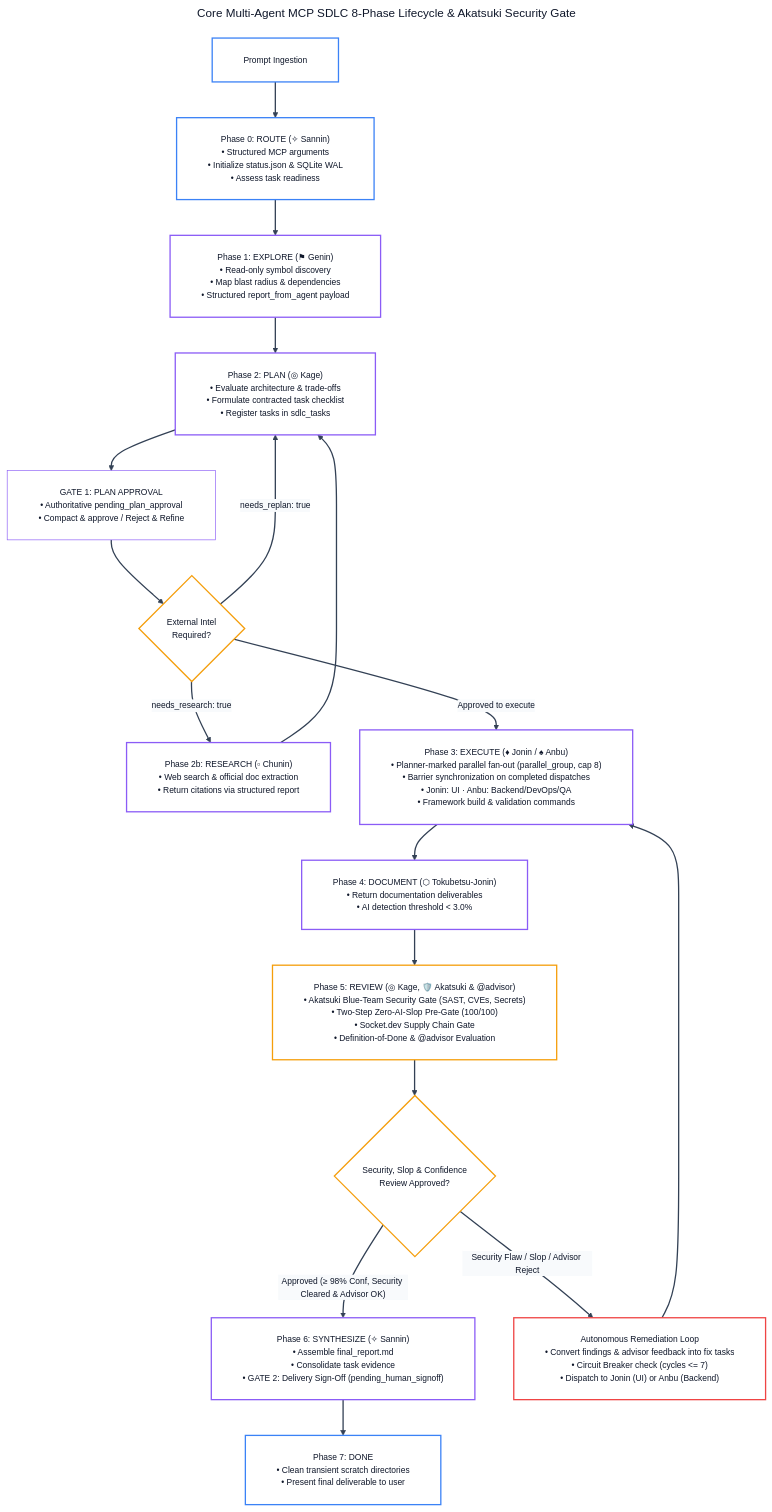
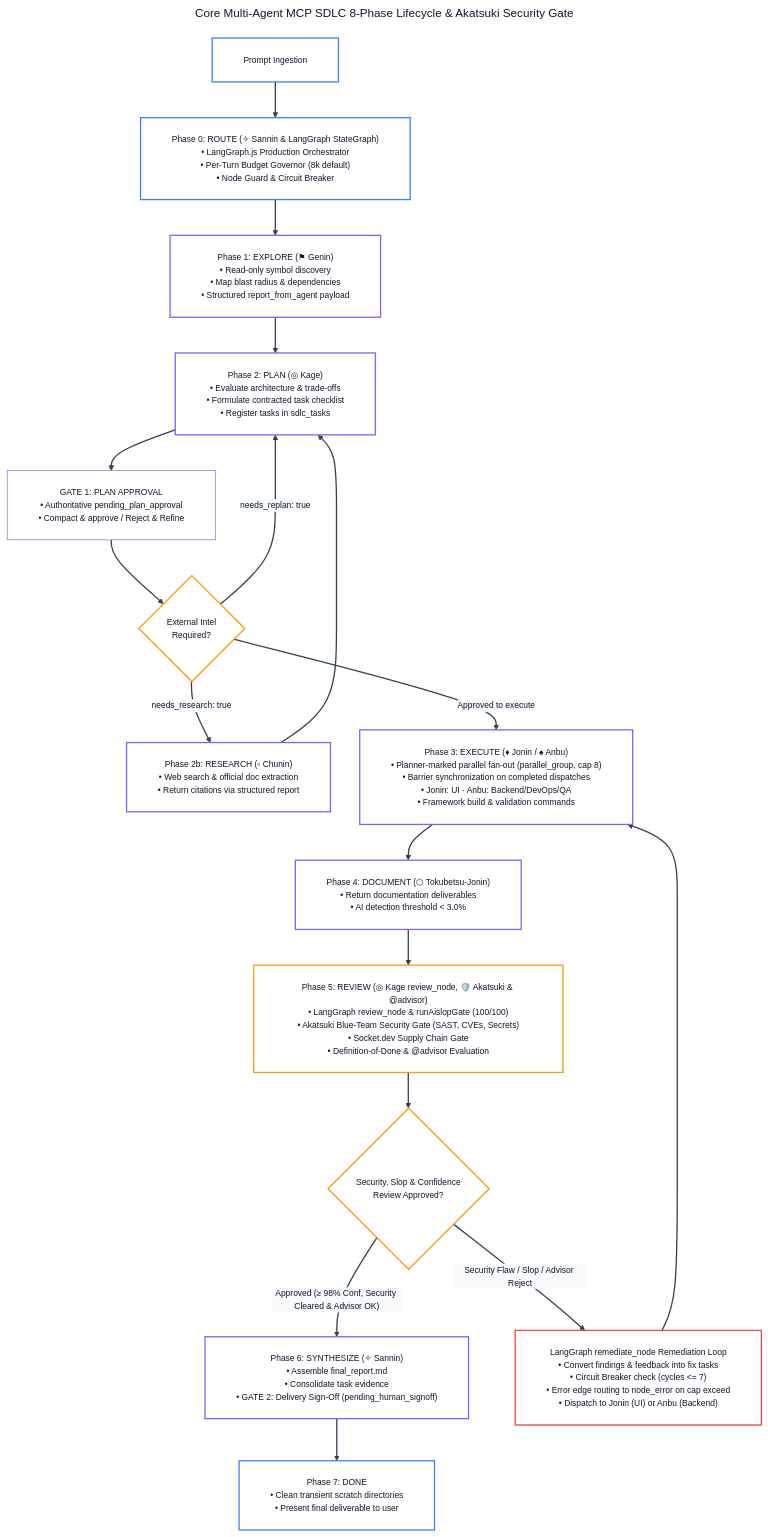
One commit to andycungkrinx91/konoha changed the second of 16 diagrams in docs/ALL-WORKFLOW-DIAGRAMS.md. Above: the diagram before and after it, drawn with Mermaid. The commit also changed other lines of this file and 70 other files, not shown here.

Commit message:
feat(workflow): activate LangGraph.js production orchestration with per-turn token budget & error-edge circuit breaker (v2.2.17)

````diff
--- a/docs/ALL-WORKFLOW-DIAGRAMS.md
+++ b/docs/ALL-WORKFLOW-DIAGRAMS.md
@@ -110,59 +111,59 @@
 ```mermaid
 ---
 title: Core Multi-Agent MCP SDLC 8-Phase Lifecycle & Akatsuki Security Gate
 config:
   theme: base
   themeVariables:
     darkMode: false
     background: '#ffffff'
     mainBkg: '#ffffff'
     primaryColor: '#ffffff'
     primaryTextColor: '#0f172a'
     primaryBorderColor: '#8b5cf6'
     lineColor: '#334155'
     arrowheadColor: '#334155'
     secondaryColor: '#f8fafc'
     tertiaryColor: '#ffffff'
     fontFamily: 'Inter, system-ui, -apple-system, sans-serif'
     fontSize: '13px'
   flowchart:
     nodeSpacing: 45
     rankSpacing: 55
     padding: 24
     wrappingWidth: 380
 ---
 flowchart TD
-    Init["Prompt Ingestion"] --> Phase0["Phase 0: ROUTE (✧ Sannin)<br/>• Structured MCP arguments<br/>• Initialize status.json &amp; SQLite WAL<br/>• Assess task readiness"]
+    Init["Prompt Ingestion"] --> Phase0["Phase 0: ROUTE (✧ Sannin &amp; LangGraph StateGraph)<br/>• LangGraph.js Production Orchestrator<br/>• Per-Turn Budget Governor (8k default)<br/>• Node Guard &amp; Circuit Breaker"]
     Phase0 --> Phase1["Phase 1: EXPLORE (⚑ Genin)<br/>• Read-only symbol discovery<br/>• Map blast radius &amp; dependencies<br/>• Structured report_from_agent payload"]
     Phase1 --> Phase2["Phase 2: PLAN (◎ Kage)<br/>• Evaluate architecture &amp; trade-offs<br/>• Formulate contracted task checklist<br/>• Register tasks in sdlc_tasks"]
 
     Phase2 --> Gate1["GATE 1: PLAN APPROVAL<br/>• Authoritative pending_plan_approval<br/>• Compact &amp; approve / Reject &amp; Refine"]
     Gate1 --> CheckResearch{"External Intel<br/>Required?"}
     CheckResearch -- "needs_research: true" --> Phase2b["Phase 2b: RESEARCH (▫ Chunin)<br/>• Web search &amp; official doc extraction<br/>• Return citations via structured report"]
     Phase2b --> Phase2
     CheckResearch -- "needs_replan: true" --> Phase2
     CheckResearch -- "Approved to execute" --> Phase3["Phase 3: EXECUTE (♦ Jonin / ♠ Anbu)<br/>• Planner-marked parallel fan-out (parallel_group, cap 8)<br/>• Barrier synchronization on completed dispatches<br/>• Jonin: UI · Anbu: Backend/DevOps/QA<br/>• Framework build &amp; validation commands"]
 
     Phase3 --> Phase4["Phase 4: DOCUMENT (⬡ Tokubetsu-Jonin)<br/>• Return documentation deliverables<br/>• AI detection threshold &lt; 3.0%"]
-    Phase4 --> Phase5["Phase 5: REVIEW (◎ Kage, 🛡️ Akatsuki &amp; @advisor)<br/>• Akatsuki Blue-Team Security Gate (SAST, CVEs, Secrets)<br/>• Two-Step Zero-AI-Slop Pre-Gate (100/100)<br/>• Socket.dev Supply Chain Gate<br/>• Definition-of-Done &amp; @advisor Evaluation"]
+    Phase4 --> Phase5["Phase 5: REVIEW (◎ Kage review_node, 🛡️ Akatsuki &amp; @advisor)<br/>• LangGraph review_node &amp; runAislopGate (100/100)<br/>• Akatsuki Blue-Team Security Gate (SAST, CVEs, Secrets)<br/>• Socket.dev Supply Chain Gate<br/>• Definition-of-Done &amp; @advisor Evaluation"]
 
     Phase5 --> CheckReview{"Security, Slop &amp; Confidence<br/>Review Approved?"}
     CheckReview -- "Approved (≥ 98% Conf, Security Cleared &amp; Advisor OK)" --> Phase6["Phase 6: SYNTHESIZE (✧ Sannin)<br/>• Assemble final_report.md<br/>• Consolidate task evidence<br/>• GATE 2: Delivery Sign-Off (pending_human_signoff)"]
     Phase6 --> Phase7["Phase 7: DONE<br/>• Clean transient scratch directories<br/>• Present final deliverable to user"]
 
-    CheckReview -- "Security Flaw / Slop / Advisor Reject" --> Remediation["Autonomous Remediation Loop<br/>• Convert findings &amp; advisor feedback into fix tasks<br/>• Circuit Breaker check (cycles &lt;= 7)<br/>• Dispatch to Jonin (UI) or Anbu (Backend)"]
+    CheckReview -- "Security Flaw / Slop / Advisor Reject" --> Remediation["LangGraph remediate_node Remediation Loop<br/>• Convert findings &amp; feedback into fix tasks<br/>• Circuit Breaker check (cycles &lt;= 7)<br/>• Error edge routing to node_error on cap exceed<br/>• Dispatch to Jonin (UI) or Anbu (Backend)"]
     Remediation --> Phase3
 
     linkStyle default stroke:#334155,stroke-width:2px;
 
     classDef routeNode fill:#ffffff,stroke:#3b82f6,color:#0f172a,stroke-width:2px;
     classDef executeNode fill:#ffffff,stroke:#8b5cf6,color:#0f172a,stroke-width:2px;
     classDef reviewNode fill:#ffffff,stroke:#f59e0b,color:#0f172a,stroke-width:2px;
     classDef failNode fill:#ffffff,stroke:#ef4444,color:#0f172a,stroke-width:2px;
     classDef passNode fill:#ffffff,stroke:#10b981,color:#0f172a,stroke-width:2px;
 
     class Init,Phase0,Phase7 routeNode;
     class Phase1,Phase2,Phase2b,Phase3,Phase4,Phase6 executeNode;
     class Phase5,CheckReview,CheckResearch reviewNode;
     class Remediation failNode;
 ```
````
